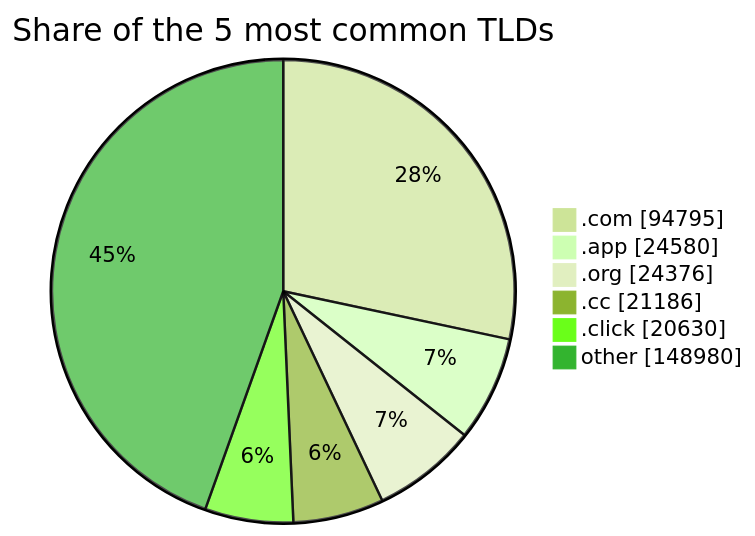
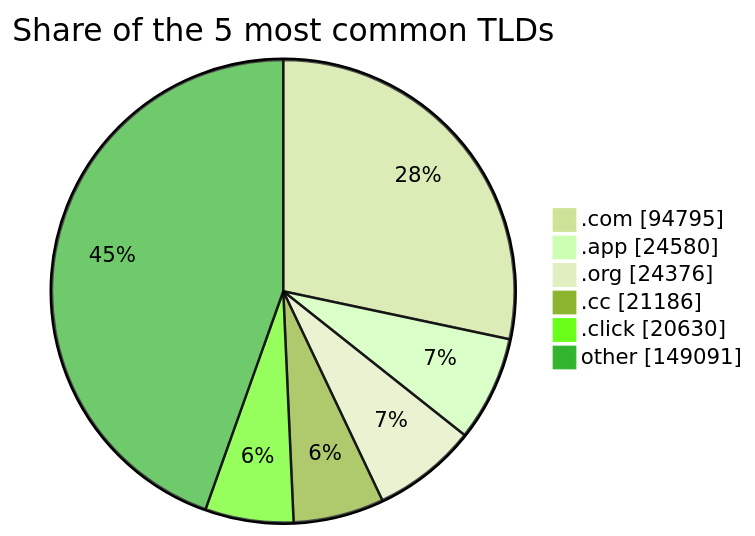
One commit to DNSBunker/CTI changed the third of 3 diagrams in README.md. Above: the diagram before and after it, drawn with Mermaid (forest theme). The commit also changed other lines of this file and 4 other files, not shown here.

````diff
--- a/README.md
+++ b/README.md
@@ -81,9 +81,9 @@
 ```mermaid
 pie showData title Share of the 5 most common TLDs
     ".com" : 94795
     ".app" : 24580
     ".org" : 24376
     ".cc" : 21186
     ".click" : 20630
-    "other" : 148980
+    "other" : 149091
 ```
````
